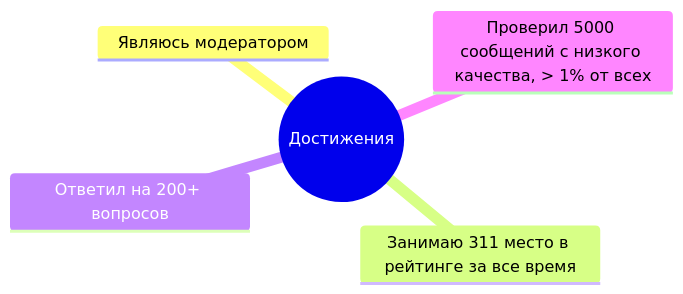
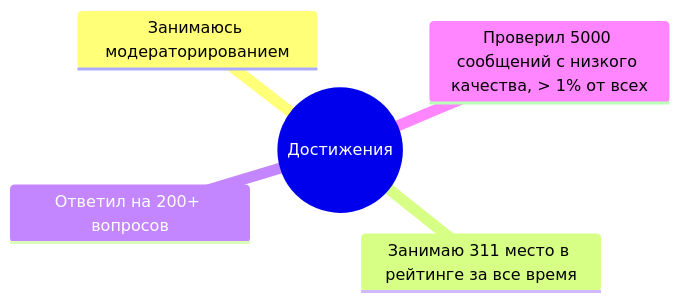
Before and after one commit to Goodzonchik/Goodzonchik: the third of 4 diagrams in README.md, drawn with Mermaid.

````diff
--- a/README.md
+++ b/README.md
@@ -43,8 +43,8 @@
 ```mermaid
 mindmap
   root((Достижения))
-    Являюсь модератором
+    Занимаюсь модераторированием
     Занимаю 311 место в рейтинге за все время
     Ответил на 200+ вопросов
     Проверил 5000 сообщений с низкого качества, > 1% от всех
 ```
````
